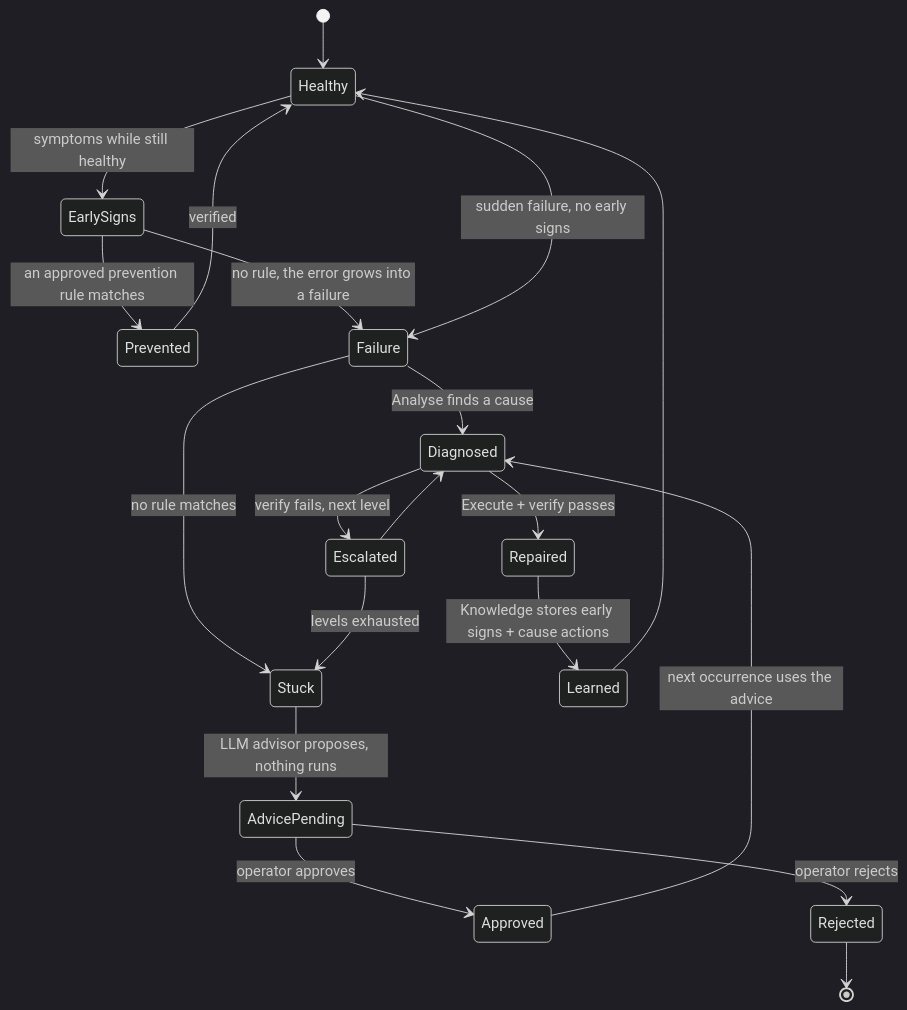
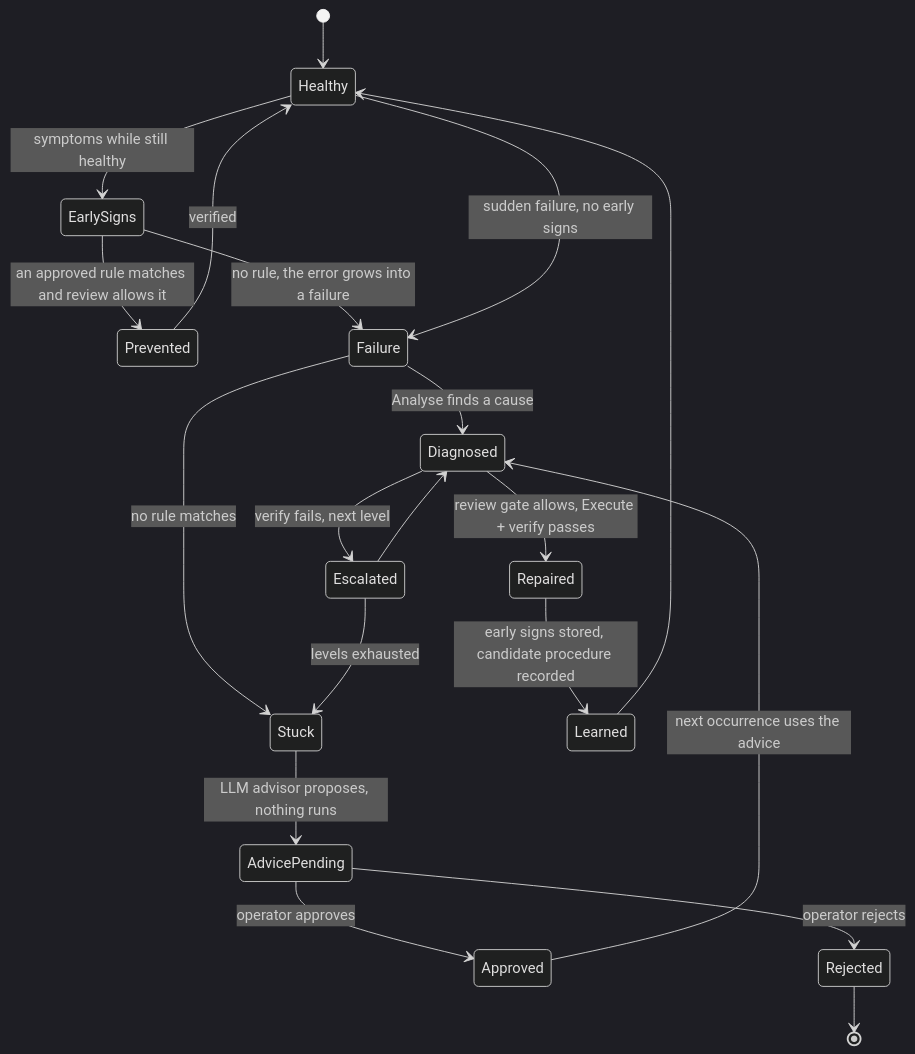
The sixth of 11 diagrams in docs/architecture.md (TusharShingrani/Self-healing-infrastructure), drawn with Mermaid (dark theme) before and after one commit. The commit also changed other lines of this file and 11 other files, not shown here.

First line of the commit message:
Bring docs and diagrams in line with the reviewed two-loop setup

````diff
--- a/docs/architecture.md
+++ b/docs/architecture.md
@@ -196,22 +228,22 @@
 ```mermaid
 stateDiagram-v2
     [*] --> Healthy
     Healthy --> EarlySigns: symptoms while still healthy
-    EarlySigns --> Prevented: an approved prevention rule matches
+    EarlySigns --> Prevented: an approved rule matches and review allows it
     Prevented --> Healthy: verified
     EarlySigns --> Failure: no rule, the error grows into a failure
     Healthy --> Failure: sudden failure, no early signs
     Failure --> Diagnosed: Analyse finds a cause
     Failure --> Stuck: no rule matches
-    Diagnosed --> Repaired: Execute + verify passes
+    Diagnosed --> Repaired: review gate allows, Execute + verify passes
     Diagnosed --> Escalated: verify fails, next level
     Escalated --> Diagnosed
     Escalated --> Stuck: levels exhausted
-    Repaired --> Learned: Knowledge stores early signs + cause actions
+    Repaired --> Learned: early signs stored, candidate procedure recorded
     Learned --> Healthy
     Stuck --> AdvicePending: LLM advisor proposes, nothing runs
     AdvicePending --> Approved: operator approves
     AdvicePending --> Rejected: operator rejects
     Approved --> Diagnosed: next occurrence uses the advice
     Rejected --> [*]
 ```
````
